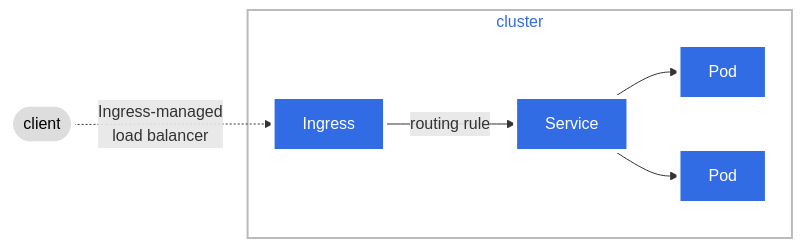
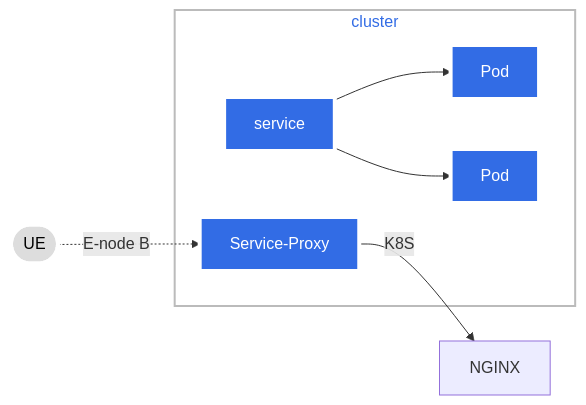
One commit to robinmordasiewicz/f5-cnf-lab changed the second of 2 diagrams in index.rst. Above: the diagram before and after it, drawn with Mermaid.

Commit message:
creating skel

```diff
--- a/index.rst
+++ b/index.rst
@@ -73,16 +73,16 @@
 .. mermaid::
 
    graph  LR
-     client([client])-. Ingress-managed <br> load balancer .->ingress[Ingress];
-     ingress-->|routing rule|service[Service];
+     UE([UE])-. E-node B .->service-proxy[Service-Proxy];
+     service-proxy-->|K8S|nginx[NGINX];
      subgraph cluster
-     ingress;
+     service-proxy;
      service-->pod1[Pod];
      service-->pod2[Pod];
      end
      classDef plain fill:#ddd,stroke:#fff,stroke-width:4px,color:#000;
      classDef k8s fill:#326ce5,stroke:#fff,stroke-width:4px,color:#fff;
      classDef cluster fill:#fff,stroke:#bbb,stroke-width:2px,color:#326ce5;
-     class ingress,service,pod1,pod2 k8s;
-     class client plain;
+     class service-proxy,service,pod1,pod2 k8s;
+     class UE plain;
      class cluster cluster;
```
